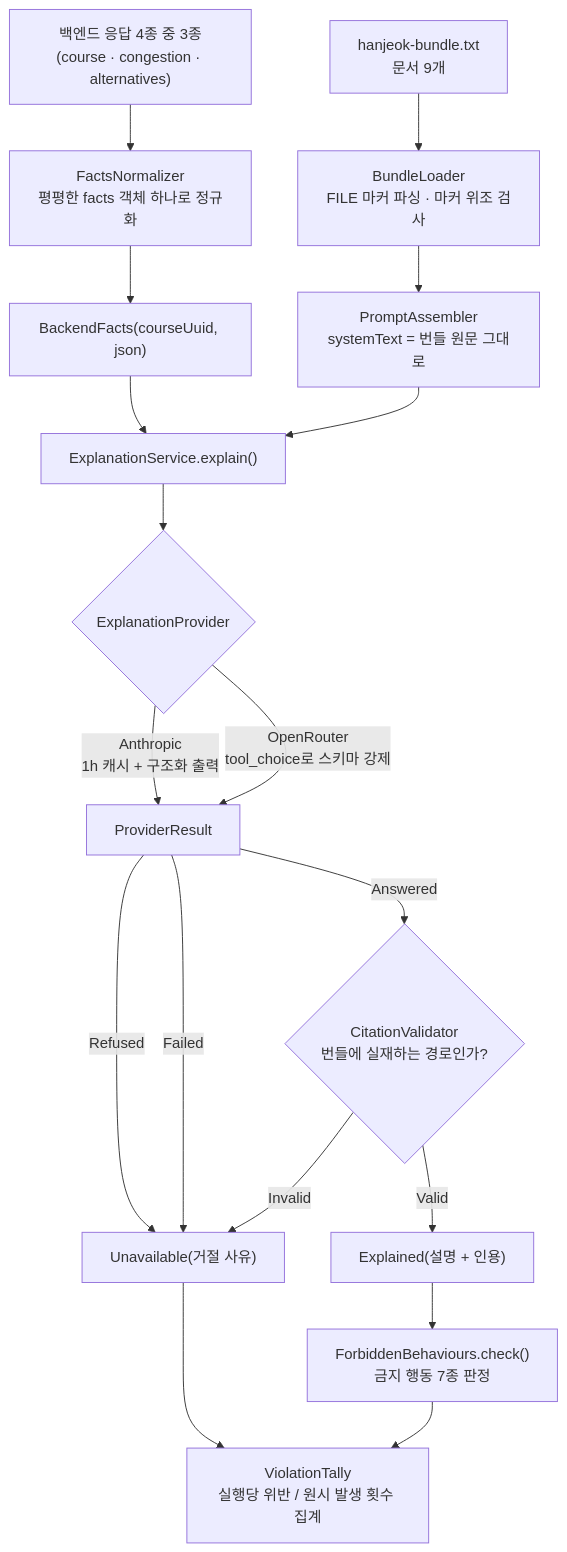
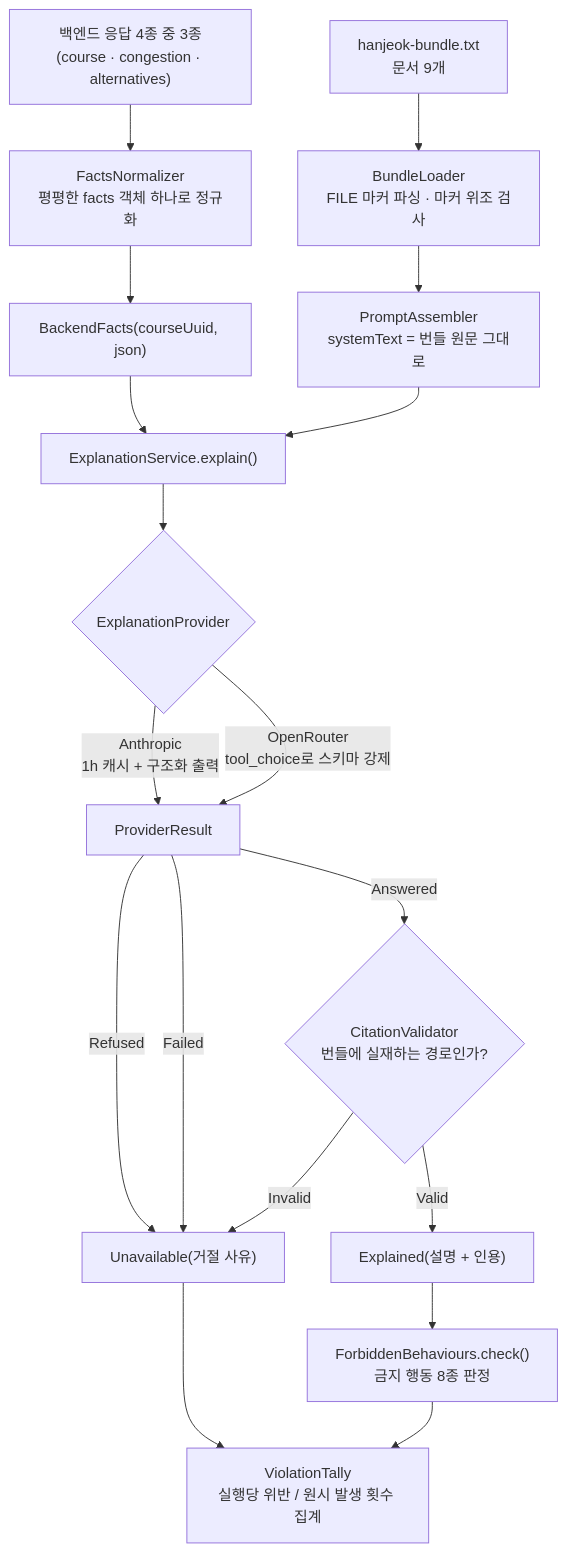
One commit to hyunolike/hermes-agent changed the diagram in README.md. Above: the diagram before and after it, drawn with Mermaid. The commit also changed other lines of this file and 8 other files, not shown here.

````diff
--- a/README.md
+++ b/README.md
@@ -74,26 +74,26 @@
 ```mermaid
 flowchart TD
     A["백엔드 응답 4종 중 3종<br/>(course · congestion · alternatives)"] --> B["FactsNormalizer<br/>평평한 facts 객체 하나로 정규화"]
     B --> C["BackendFacts(courseUuid, json)"]
 
     D["hanjeok-bundle.txt<br/>문서 9개"] --> E["BundleLoader<br/>FILE 마커 파싱 · 마커 위조 검사"]
     E --> F["PromptAssembler<br/>systemText = 번들 원문 그대로"]
 
     C --> G["ExplanationService.explain()"]
     F --> G
 
     G --> H{"ExplanationProvider"}
     H -->|"Anthropic<br/>1h 캐시 + 구조화 출력"| I["ProviderResult"]
     H -->|"OpenRouter<br/>tool_choice로 스키마 강제"| I
 
     I -->|Refused| X["Unavailable(거절 사유)"]
     I -->|Failed| X
     I -->|Answered| J{"CitationValidator<br/>번들에 실재하는 경로인가?"}
 
     J -->|Invalid| X
     J -->|Valid| K["Explained(설명 + 인용)"]
 
-    K --> L["ForbiddenBehaviours.check()<br/>금지 행동 7종 판정"]
+    K --> L["ForbiddenBehaviours.check()<br/>금지 행동 8종 판정"]
     X --> M["ViolationTally<br/>실행당 위반 / 원시 발생 횟수 집계"]
     L --> M
 ```
````
